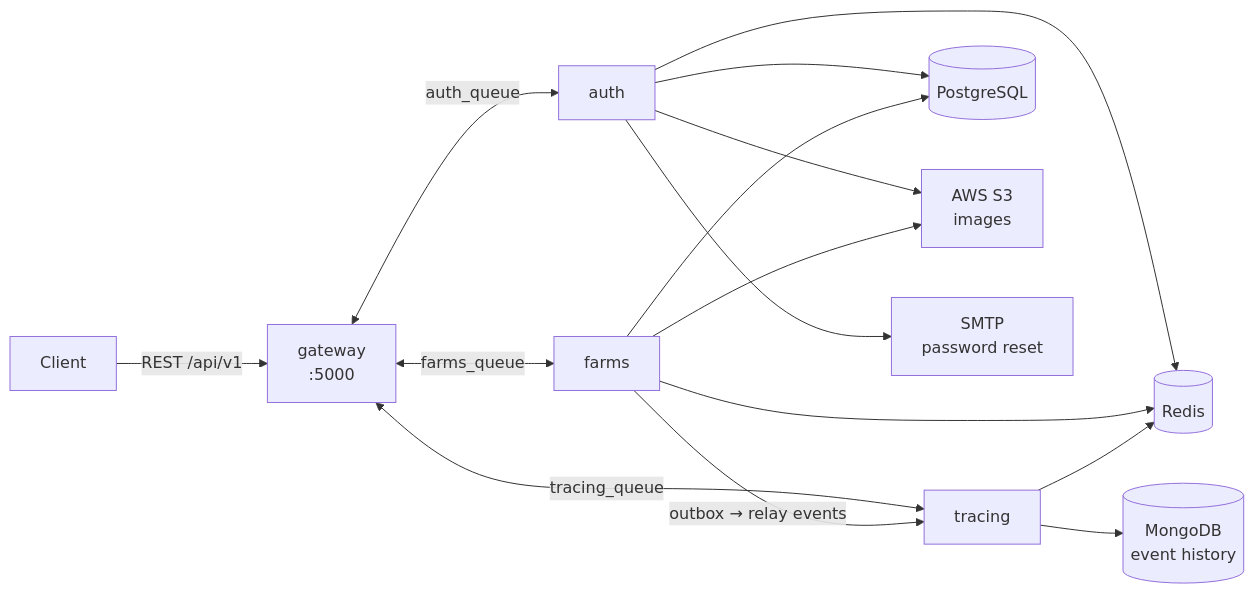
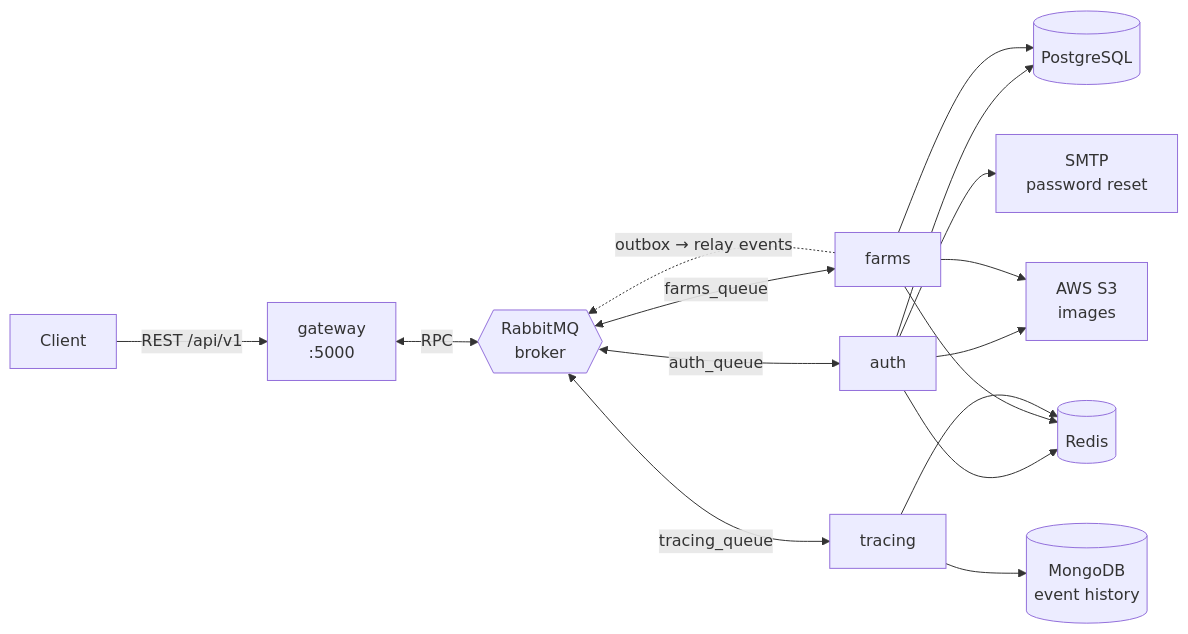
The diagram in README.md (RookieCol/harvestledger), drawn with Mermaid before and after one commit.

Commit message:
docs: show RabbitMQ as an explicit broker node in the architecture diagram
The queues were only edge labels; make the broker a first-class node that the
gateway RPCs through and the outbox relay publishes to.

````diff
--- a/README.md
+++ b/README.md
@@ -28,21 +28,22 @@
 ```mermaid
 flowchart LR
     C[Client] -->|REST /api/v1| GW[gateway<br/>:5000]
 
-    GW <-->|auth_queue| AU[auth]
-    GW <-->|farms_queue| FA[farms]
-    GW <-->|tracing_queue| TR[tracing]
-    FA -->|outbox → relay events| TR
+    GW <-->|RPC| MQ{{RabbitMQ<br/>broker}}
+    MQ <-->|auth_queue| AU[auth]
+    MQ <-->|farms_queue| FA[farms]
+    MQ <-->|tracing_queue| TR[tracing]
+    FA -.->|outbox → relay events| MQ
 
     AU --> PG[(PostgreSQL)]
     FA --> PG
     TR --> MONGO[(MongoDB<br/>event history)]
 
     AU --> RD[(Redis)]
     FA --> RD
     TR --> RD
 
     AU --> S3[AWS S3<br/>images]
     FA --> S3
     AU --> MAIL[SMTP<br/>password reset]
 ```
````
